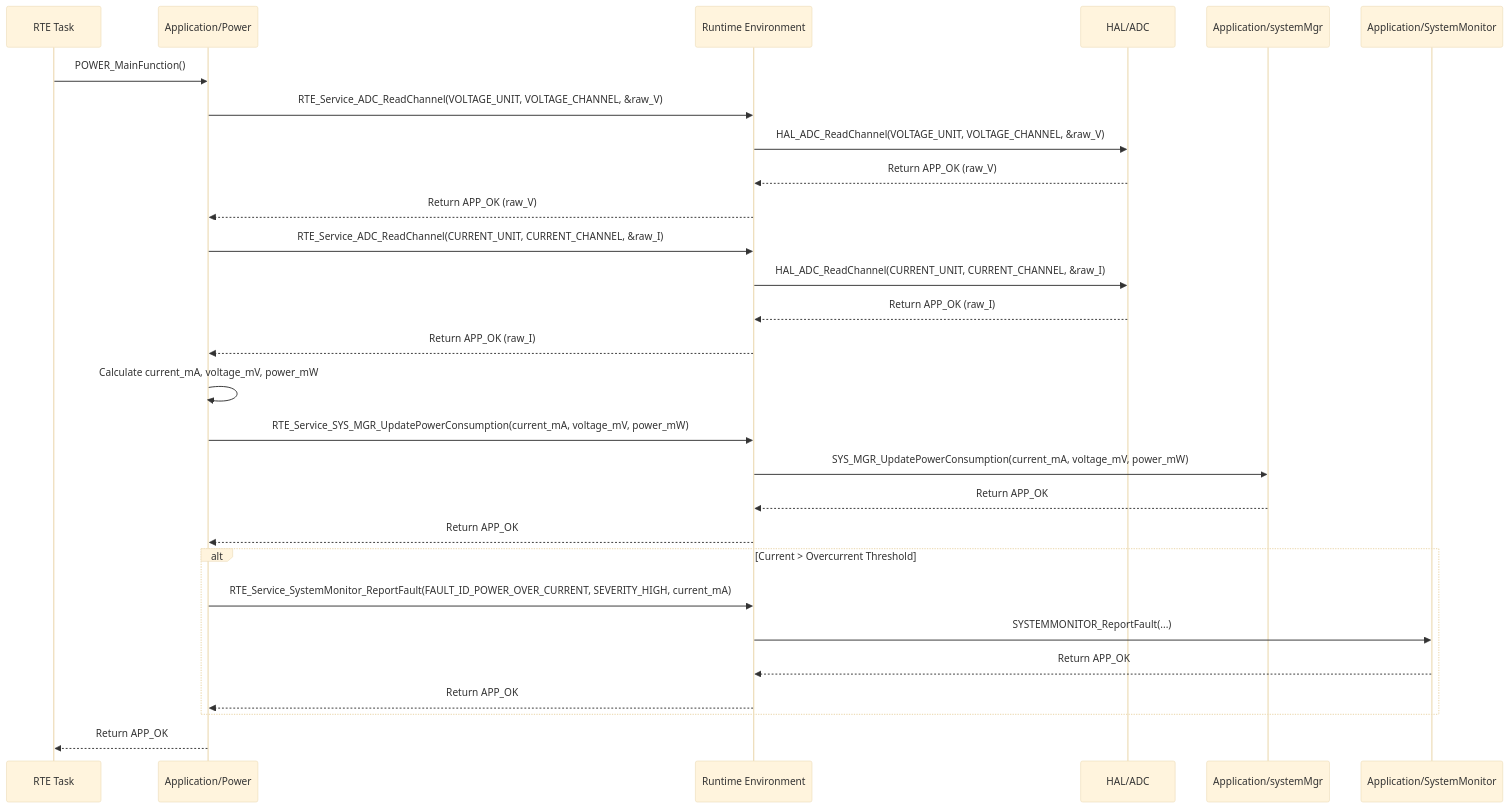
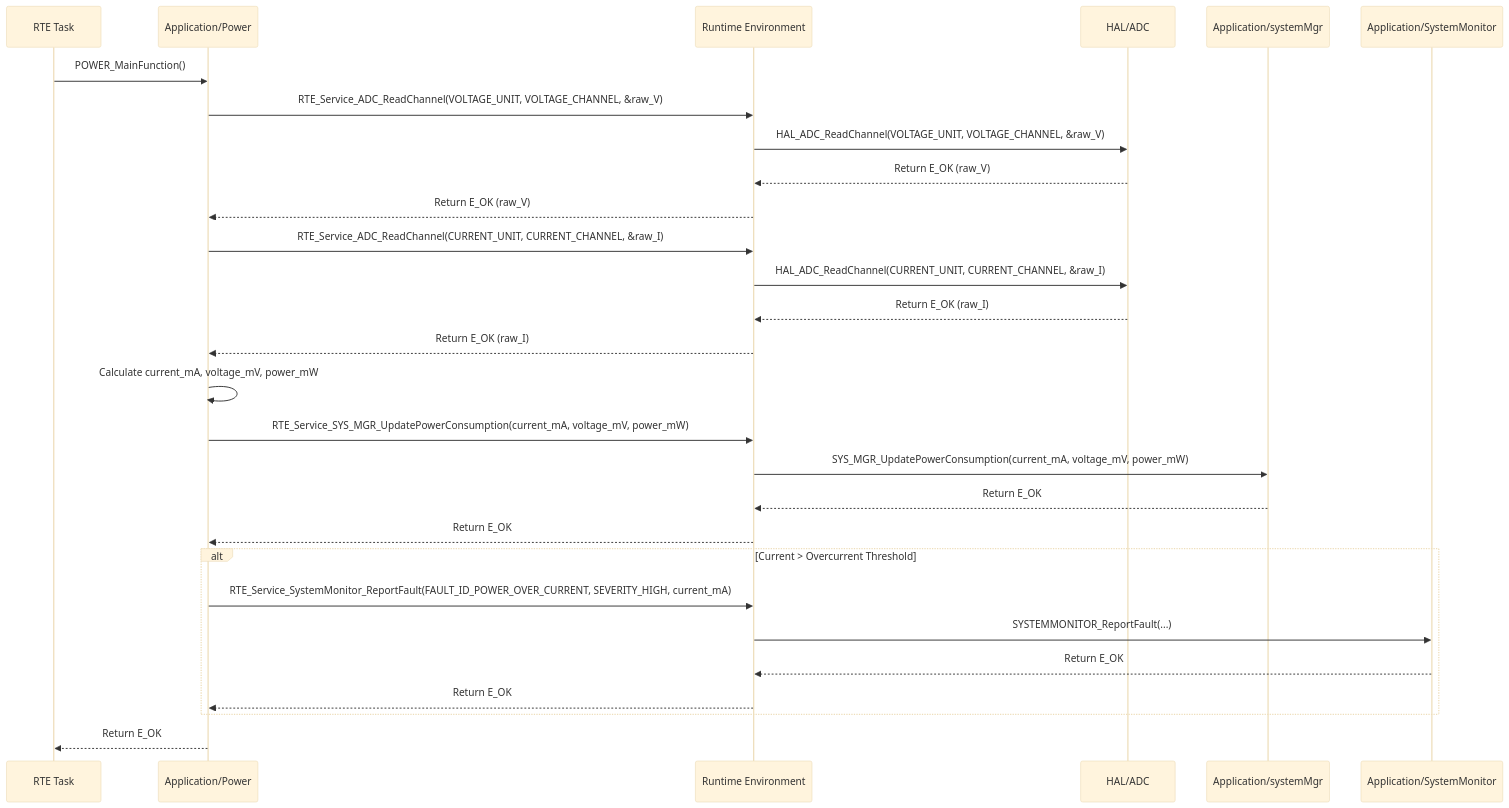
One commit to ashaker-2/Platform changed the diagram in Requiremets/Design/Application/PowerMgr.md. Above: the diagram before and after it, drawn with Mermaid (base theme). The commit also changed other lines of this file and 716 other files, not shown here.

````diff
--- a/Requiremets/Design/Application/PowerMgr.md
+++ b/Requiremets/Design/Application/PowerMgr.md
@@ -205,34 +205,34 @@
 ```mermaid
 sequenceDiagram  
     participant RTE_MainLoopTask as RTE Task  
     participant Power as Application/Power  
     participant RTE as Runtime Environment  
     participant HAL_ADC as HAL/ADC  
     participant SystemMgr as Application/systemMgr  
     participant SystemMonitor as Application/SystemMonitor
 
     RTE_MainLoopTask->>Power: POWER_MainFunction()  
     Power->>RTE: RTE_Service_ADC_ReadChannel(VOLTAGE_UNIT, VOLTAGE_CHANNEL, &raw_V)  
     RTE->>HAL_ADC: HAL_ADC_ReadChannel(VOLTAGE_UNIT, VOLTAGE_CHANNEL, &raw_V)  
-    HAL_ADC-->>RTE: Return APP_OK (raw_V)  
-    RTE-->>Power: Return APP_OK (raw_V)
+    HAL_ADC-->>RTE: Return E_OK (raw_V)  
+    RTE-->>Power: Return E_OK (raw_V)
 
     Power->>RTE: RTE_Service_ADC_ReadChannel(CURRENT_UNIT, CURRENT_CHANNEL, &raw_I)  
     RTE->>HAL_ADC: HAL_ADC_ReadChannel(CURRENT_UNIT, CURRENT_CHANNEL, &raw_I)  
-    HAL_ADC-->>RTE: Return APP_OK (raw_I)  
-    RTE-->>Power: Return APP_OK (raw_I)
+    HAL_ADC-->>RTE: Return E_OK (raw_I)  
+    RTE-->>Power: Return E_OK (raw_I)
 
     Power->>Power: Calculate current_mA, voltage_mV, power_mW  
     Power->>RTE: RTE_Service_SYS_MGR_UpdatePowerConsumption(current_mA, voltage_mV, power_mW)  
     RTE->>SystemMgr: SYS_MGR_UpdatePowerConsumption(current_mA, voltage_mV, power_mW)  
-    SystemMgr-->>RTE: Return APP_OK  
-    RTE-->>Power: Return APP_OK
+    SystemMgr-->>RTE: Return E_OK  
+    RTE-->>Power: Return E_OK
 
     alt Current > Overcurrent Threshold  
         Power->>RTE: RTE_Service_SystemMonitor_ReportFault(FAULT_ID_POWER_OVER_CURRENT, SEVERITY_HIGH, current_mA)  
         RTE->>SystemMonitor: SYSTEMMONITOR_ReportFault(...)  
-        SystemMonitor-->>RTE: Return APP_OK  
-        RTE-->>Power: Return APP_OK  
+        SystemMonitor-->>RTE: Return E_OK  
+        RTE-->>Power: Return E_OK  
     end  
-    Power-->>RTE_MainLoopTask: Return APP_OK
+    Power-->>RTE_MainLoopTask: Return E_OK
 ```
````
